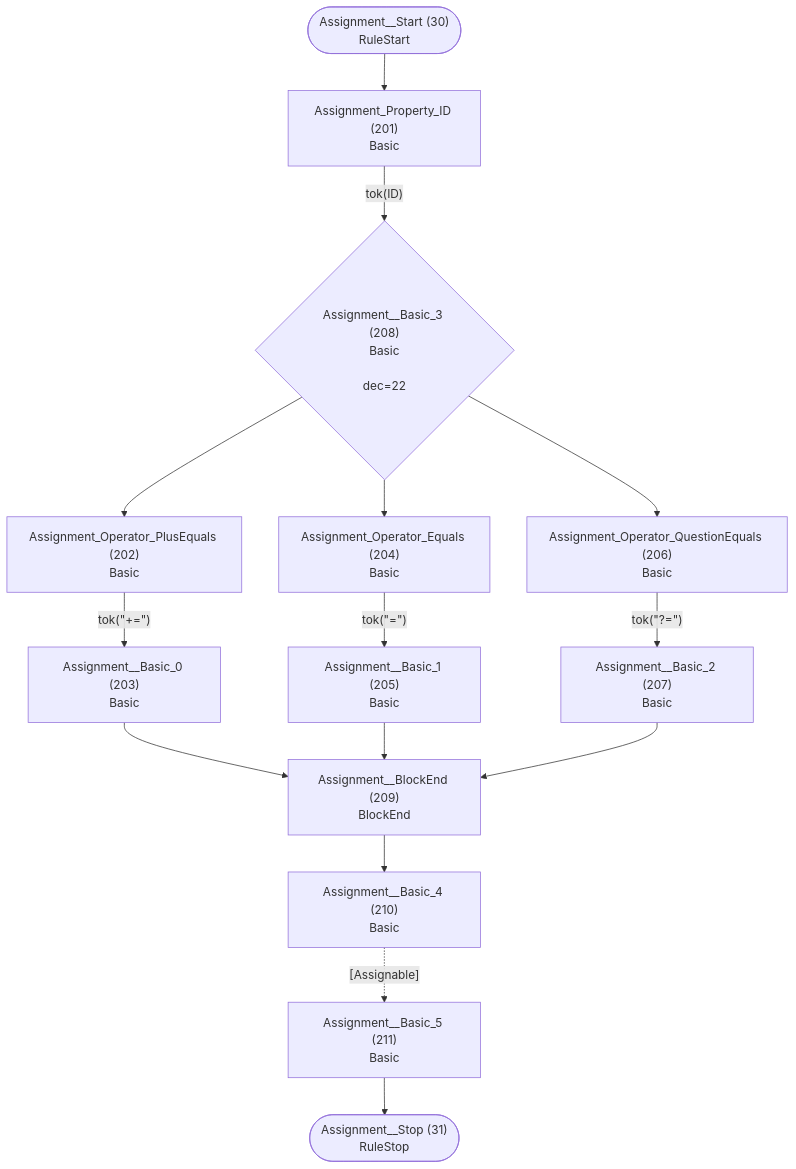
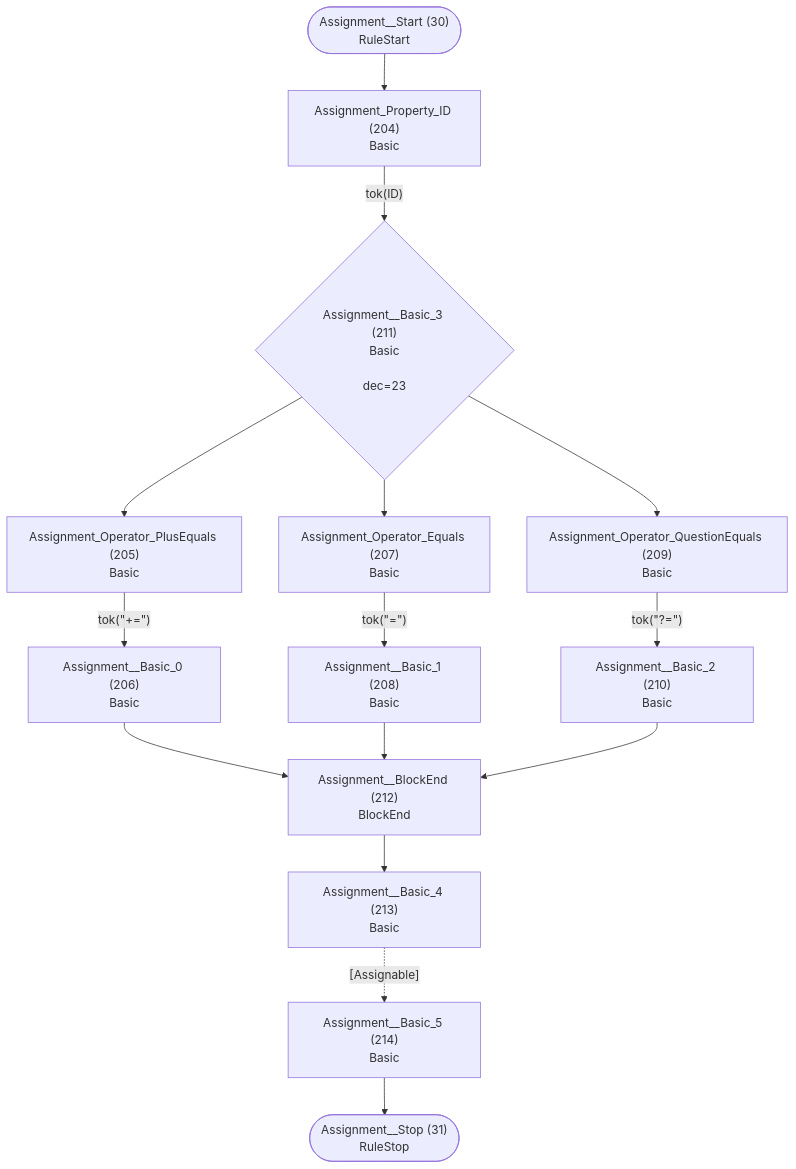
Before and after one commit to TypeFox/fastbelt: diagram 16 of 26 in internal/grammar/atn.md, drawn with Mermaid. The commit also changed other lines of this file and 16 other files, not shown here.

````diff
--- a/internal/grammar/atn.md
+++ b/internal/grammar/atn.md
@@ -486,31 +493,31 @@
 ```mermaid
 flowchart TD
     q30(["Assignment__Start (30)<br/>RuleStart"])
     q31(["Assignment__Stop (31)<br/>RuleStop"])
-    q201["Assignment_Property_ID (201)<br/>Basic<br/>"]
-    q202["Assignment_Operator_PlusEquals (202)<br/>Basic<br/>"]
-    q203["Assignment__Basic_0 (203)<br/>Basic<br/>"]
-    q204["Assignment_Operator_Equals (204)<br/>Basic<br/>"]
-    q205["Assignment__Basic_1 (205)<br/>Basic<br/>"]
-    q206["Assignment_Operator_QuestionEquals (206)<br/>Basic<br/>"]
-    q207["Assignment__Basic_2 (207)<br/>Basic<br/>"]
-    q208{"Assignment__Basic_3 (208)<br/>Basic<br/><br/>dec=22"}
-    q209["Assignment__BlockEnd (209)<br/>BlockEnd<br/>"]
-    q210["Assignment__Basic_4 (210)<br/>Basic<br/>"]
-    q211["Assignment__Basic_5 (211)<br/>Basic<br/>"]
+    q204["Assignment_Property_ID (204)<br/>Basic<br/>"]
+    q205["Assignment_Operator_PlusEquals (205)<br/>Basic<br/>"]
+    q206["Assignment__Basic_0 (206)<br/>Basic<br/>"]
+    q207["Assignment_Operator_Equals (207)<br/>Basic<br/>"]
+    q208["Assignment__Basic_1 (208)<br/>Basic<br/>"]
+    q209["Assignment_Operator_QuestionEquals (209)<br/>Basic<br/>"]
+    q210["Assignment__Basic_2 (210)<br/>Basic<br/>"]
+    q211{"Assignment__Basic_3 (211)<br/>Basic<br/><br/>dec=23"}
+    q212["Assignment__BlockEnd (212)<br/>BlockEnd<br/>"]
+    q213["Assignment__Basic_4 (213)<br/>Basic<br/>"]
+    q214["Assignment__Basic_5 (214)<br/>Basic<br/>"]
 
-    q30 --> q201
-    q201 -->|"tok(ID)"| q208
-    q202 -->|"tok(&quot;+=&quot;)"| q203
-    q203 --> q209
-    q204 -->|"tok(&quot;=&quot;)"| q205
-    q205 --> q209
-    q206 -->|"tok(&quot;?=&quot;)"| q207
-    q207 --> q209
-    q208 --> q202
-    q208 --> q204
-    q208 --> q206
-    q209 --> q210
-    q210 -.->|"[Assignable]"| q211
-    q211 --> q31
+    q30 --> q204
+    q204 -->|"tok(ID)"| q211
+    q205 -->|"tok(&quot;+=&quot;)"| q206
+    q206 --> q212
+    q207 -->|"tok(&quot;=&quot;)"| q208
+    q208 --> q212
+    q209 -->|"tok(&quot;?=&quot;)"| q210
+    q210 --> q212
+    q211 --> q205
+    q211 --> q207
+    q211 --> q209
+    q212 --> q213
+    q213 -.->|"[Assignable]"| q214
+    q214 --> q31
 ```
````
